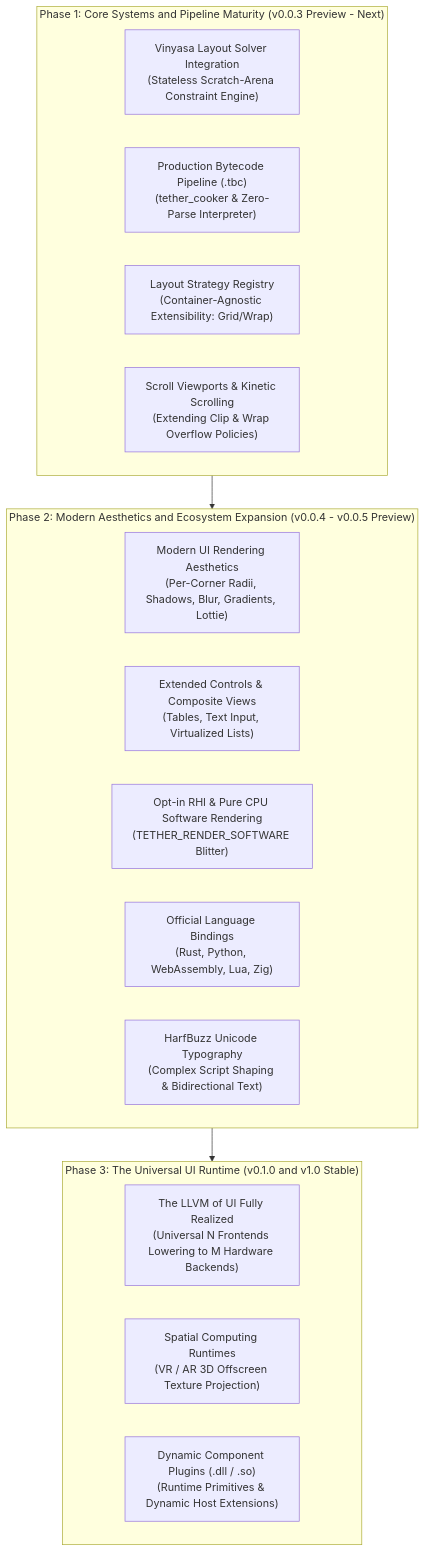
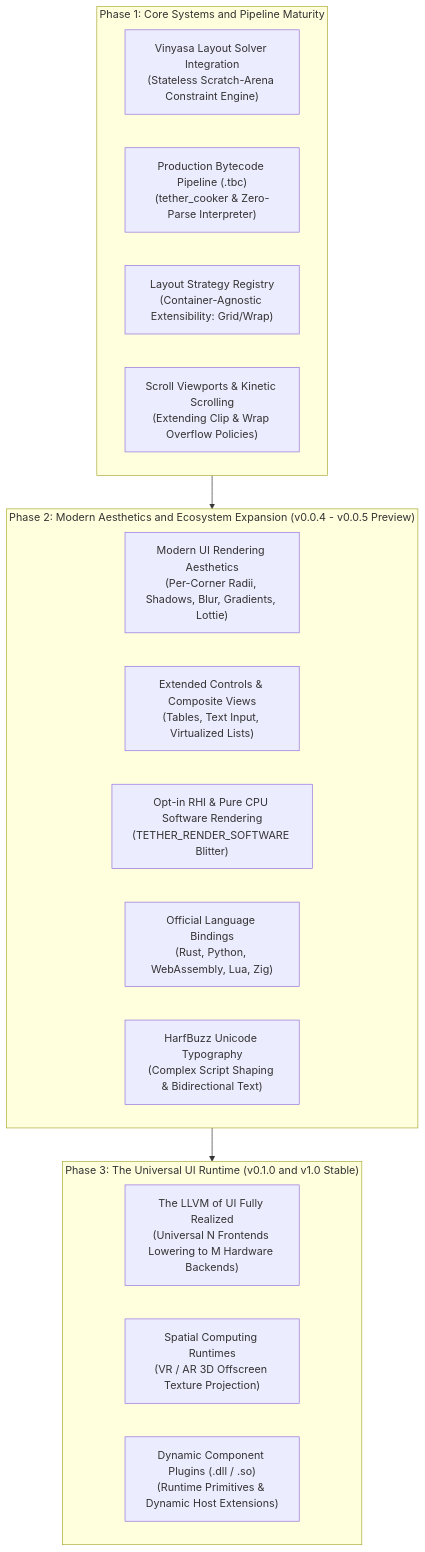
Before and after one commit to Yuvi-GD/Tether: the diagram in docs/presentation/10_roadmap_and_community.md, drawn with Mermaid. The commit also changed other lines of this file and 11 other files, not shown here.

Commit message:
docs: update platform architecture, clean versioning, and document mobile and embedded support

````diff
--- a/docs/presentation/10_roadmap_and_community.md
+++ b/docs/presentation/10_roadmap_and_community.md
@@ -15,26 +15,26 @@
 ```mermaid
 flowchart TD
-    subgraph NearTerm["Phase 1: Core Systems and Pipeline Maturity (v0.0.3 Preview - Next)"]
+    subgraph NearTerm["Phase 1: Core Systems and Pipeline Maturity"]
         Vinyasa["Vinyasa Layout Solver Integration\n(Stateless Scratch-Arena Constraint Engine)"]
         AOTCooker["Production Bytecode Pipeline (.tbc)\n(tether_cooker & Zero-Parse Interpreter)"]
         StrategyReg["Layout Strategy Registry\n(Container-Agnostic Extensibility: Grid/Wrap)"]
         OverflowSystem["Scroll Viewports & Kinetic Scrolling\n(Extending Clip & Wrap Overflow Policies)"]
     end
 
     subgraph MidTerm["Phase 2: Modern Aesthetics and Ecosystem Expansion (v0.0.4 - v0.0.5 Preview)"]
         Aesthetics["Modern UI Rendering Aesthetics\n(Per-Corner Radii, Shadows, Blur, Gradients, Lottie)"]
         Prefabs["Extended Controls & Composite Views\n(Tables, Text Input, Virtualized Lists)"]
         OptInDrivers["Opt-in RHI & Pure CPU Software Rendering\n(TETHER_RENDER_SOFTWARE Blitter)"]
         Bindings["Official Language Bindings\n(Rust, Python, WebAssembly, Lua, Zig)"]
         Typography["HarfBuzz Unicode Typography\n(Complex Script Shaping & Bidirectional Text)"]
     end
 
     subgraph LongTerm["Phase 3: The Universal UI Runtime (v0.1.0 and v1.0 Stable)"]
         LLVMModel["The LLVM of UI Fully Realized\n(Universal N Frontends Lowering to M Hardware Backends)"]
         Spatial["Spatial Computing Runtimes\n(VR / AR 3D Offscreen Texture Projection)"]
         HotPlugins["Dynamic Component Plugins (.dll / .so)\n(Runtime Primitives & Dynamic Host Extensions)"]
     end
 
     NearTerm --> MidTerm
     MidTerm --> LongTerm
 ```
````
